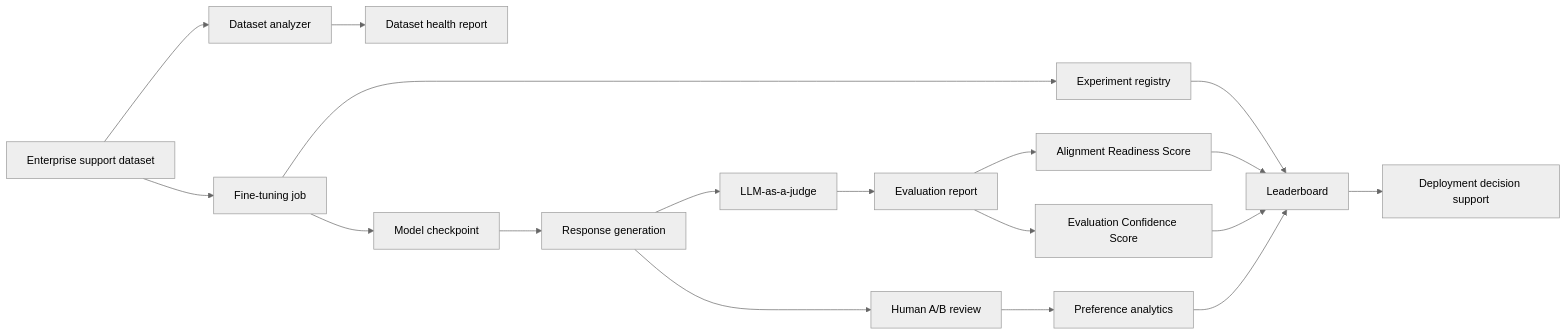
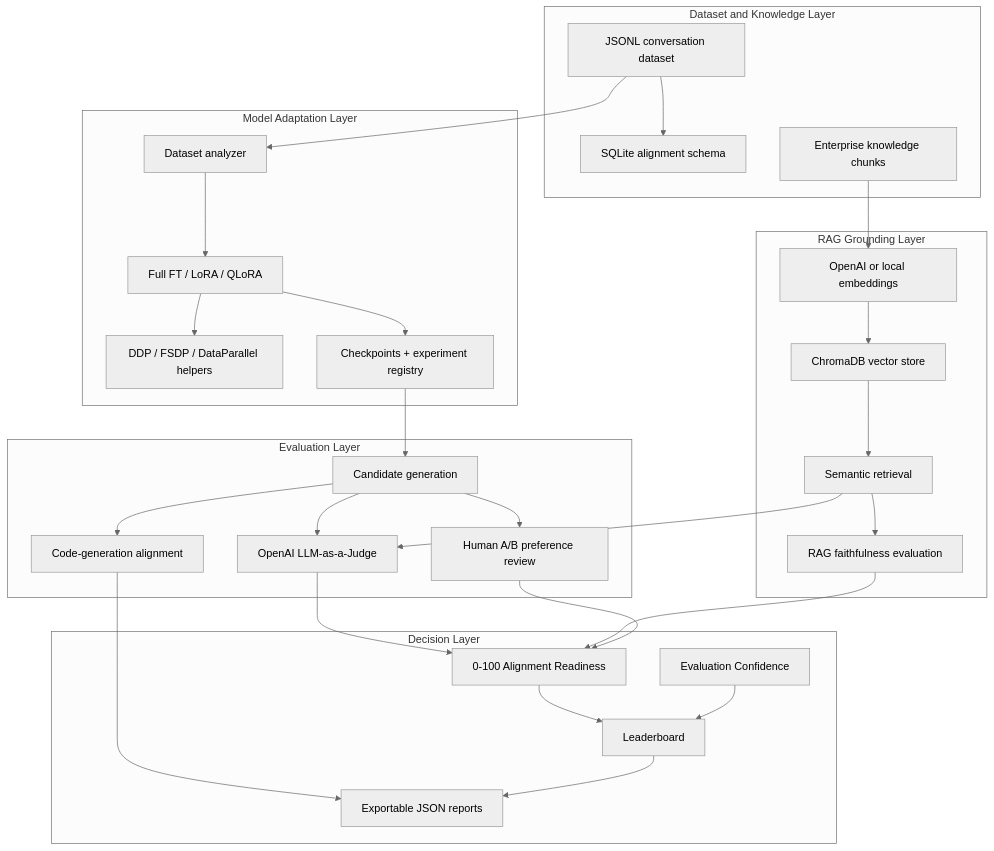
Before and after one commit to NitinReddy654/AlignAI: the diagram in README.md, drawn with Mermaid (neutral theme). The commit also changed other lines of this file and 21 other files, not shown here.

Commit message:
Add RAG, distributed training, code alignment, and SQL analysis

````diff
--- a/README.md
+++ b/README.md
@@ -72,20 +84,52 @@
 ```mermaid
-flowchart LR
-    D[Enterprise support dataset] --> A[Dataset analyzer]
-    A --> H[Dataset health report]
-    D --> T[Fine-tuning job]
-    T --> E[Experiment registry]
-    T --> C[Model checkpoint]
-    C --> G[Response generation]
-    G --> J[LLM-as-a-judge]
-    J --> R[Evaluation report]
-    R --> S[Alignment Readiness Score]
-    R --> F[Evaluation Confidence Score]
-    G --> P[Human A/B review]
-    P --> L[Preference analytics]
-    E --> B[Leaderboard]
-    S --> B
-    F --> B
-    L --> B
-    B --> X[Deployment decision support]
+flowchart TB
+    subgraph Data["Dataset and Knowledge Layer"]
+        D[JSONL conversation dataset]
+        SQL[SQLite alignment schema]
+        K[Enterprise knowledge chunks]
+    end
+
+    subgraph Training["Model Adaptation Layer"]
+        A[Dataset analyzer]
+        T[Full FT / LoRA / QLoRA]
+        DIST[DDP / FSDP / DataParallel helpers]
+        CKPT[Checkpoints + experiment registry]
+    end
+
+    subgraph Retrieval["RAG Grounding Layer"]
+        EMB[OpenAI or local embeddings]
+        VDB[ChromaDB vector store]
+        RET[Semantic retrieval]
+        RAG[RAG faithfulness evaluation]
+    end
+
+    subgraph Evaluation["Evaluation Layer"]
+        GEN[Candidate generation]
+        JUDGE[OpenAI LLM-as-a-Judge]
+        CODE[Code-generation alignment]
+        HUMAN[Human A/B preference review]
+    end
+
+    subgraph Decision["Decision Layer"]
+        READY[0-100 Alignment Readiness]
+        CONF[Evaluation Confidence]
+        BOARD[Leaderboard]
+        REPORT[Exportable JSON reports]
+    end
+
+    D --> A --> T --> CKPT --> GEN
+    T --> DIST
+    D --> SQL
+    K --> EMB --> VDB --> RET --> RAG
+    RET --> JUDGE
+    GEN --> JUDGE
+    GEN --> CODE
+    GEN --> HUMAN
+    JUDGE --> READY
+    RAG --> READY
+    CODE --> REPORT
+    HUMAN --> READY
+    READY --> BOARD
+    CONF --> BOARD
+    BOARD --> REPORT
 ```
````
